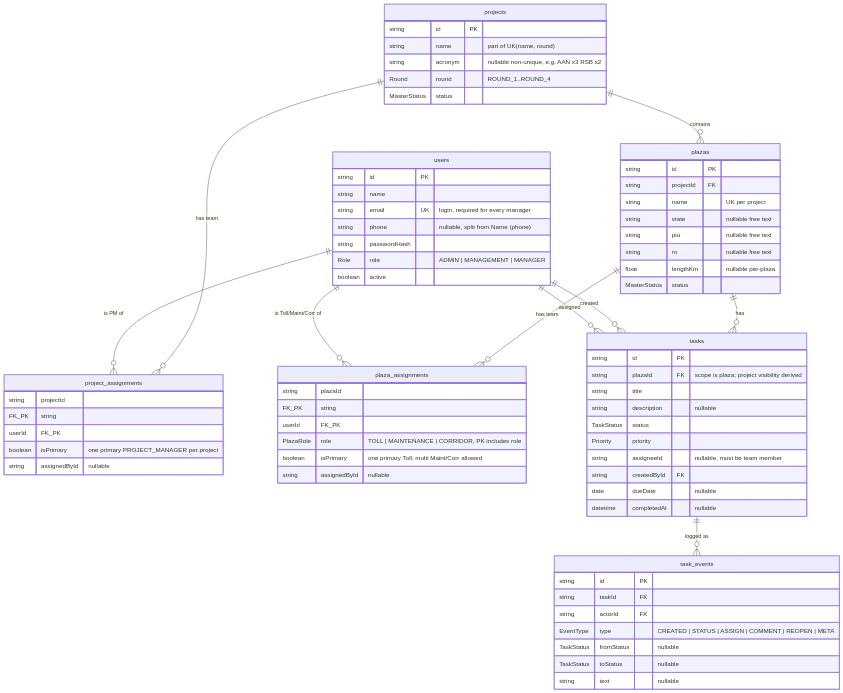
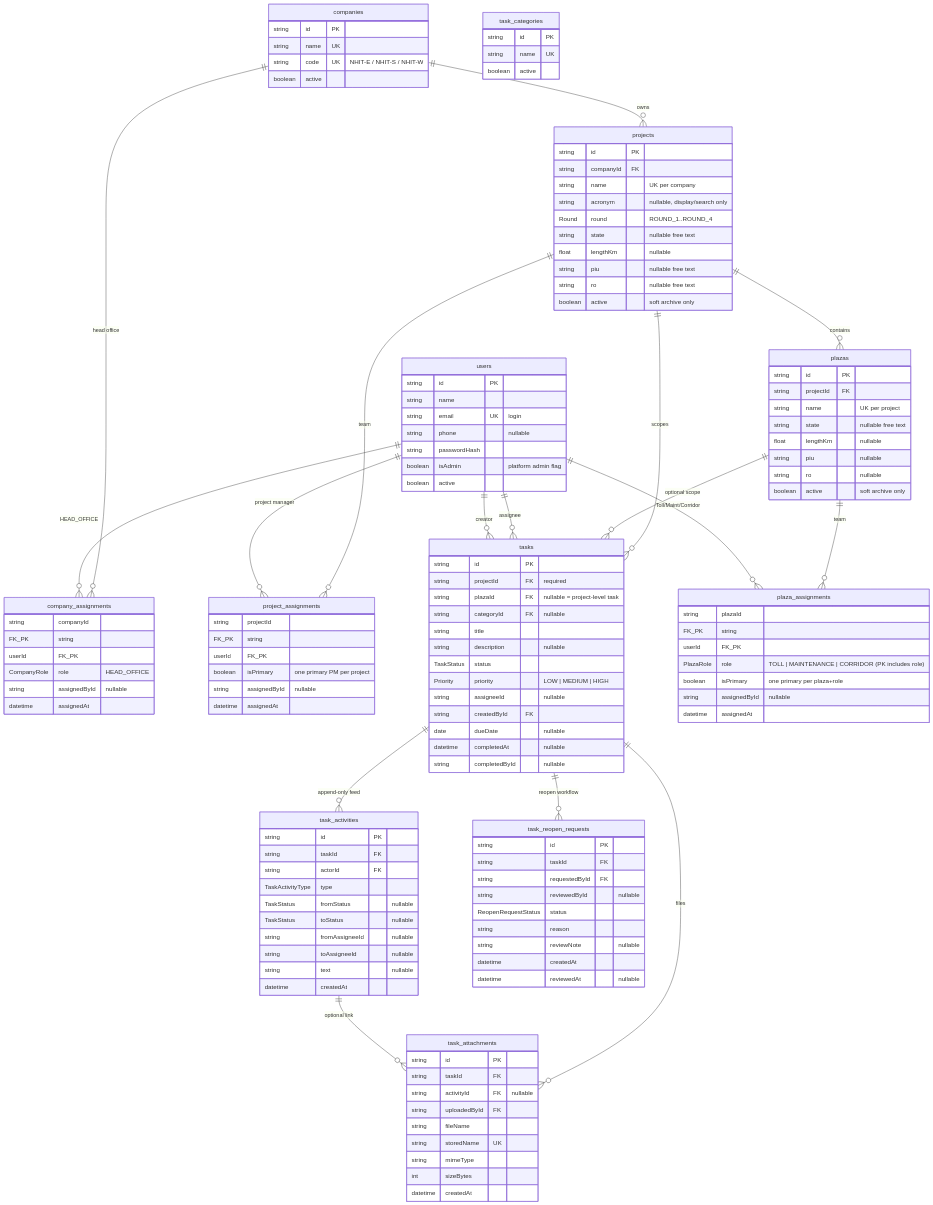
Before and after one commit to akash3114/Project_Site_Tracker: the diagram in docs/DATABASE.md, drawn with Mermaid. The commit also changed other lines of this file and 94 other files, not shown here.

First line of the commit message:
Multi-company hierarchy: Company -> Project -> Plaza with assignment roles

````diff
--- a/docs/DATABASE.md
+++ b/docs/DATABASE.md
@@ -22,73 +14,133 @@
 ```mermaid
 erDiagram
-    users ||--o{ project_assignments : "is PM of"
-    users ||--o{ plaza_assignments : "is Toll/Maint/Corr of"
-    users ||--o{ tasks : "assigned"
-    users ||--o{ tasks : "created"
+    companies ||--o{ projects : "owns"
+    companies ||--o{ company_assignments : "head office"
     projects ||--o{ plazas : "contains"
-    projects ||--o{ project_assignments : "has team"
-    plazas ||--o{ plaza_assignments : "has team"
-    plazas ||--o{ tasks : "has"
-    tasks ||--o{ task_events : "logged as"
+    projects ||--o{ project_assignments : "team"
+    projects ||--o{ tasks : "scopes"
+    plazas ||--o{ plaza_assignments : "team"
+    plazas ||--o{ tasks : "optional scope"
+    users ||--o{ company_assignments : "HEAD_OFFICE"
+    users ||--o{ project_assignments : "project manager"
+    users ||--o{ plaza_assignments : "Toll/Maint/Corridor"
+    users ||--o{ tasks : "assignee"
+    users ||--o{ tasks : "creator"
+    tasks ||--o{ task_activities : "append-only feed"
+    tasks ||--o{ task_attachments : "files"
+    tasks ||--o{ task_reopen_requests : "reopen workflow"
+    task_activities ||--o{ task_attachments : "optional link"
 
     users {
         string id PK
         string name
-        string email UK "login, required for every manager"
-        string phone "nullable, split from Name (phone)"
+        string email UK "login"
+        string phone "nullable"
         string passwordHash
-        Role role "ADMIN | MANAGEMENT | MANAGER"
+        boolean isAdmin "platform admin flag"
+        boolean active
+    }
+    companies {
+        string id PK
+        string name UK
+        string code UK "NHIT-E / NHIT-S / NHIT-W"
         boolean active
     }
     projects {
         string id PK
-        string name "part of UK(name, round)"
-        string acronym "nullable non-unique, e.g. AAN x3 RSB x2"
+        string companyId FK
+        string name "UK per company"
+        string acronym "nullable, display/search only"
         Round round "ROUND_1..ROUND_4"
-        MasterStatus status
+        string state "nullable free text"
+        float lengthKm "nullable"
+        string piu "nullable free text"
+        string ro "nullable free text"
+        boolean active "soft archive only"
     }
     plazas {
         string id PK
         string projectId FK
         string name "UK per project"
         string state "nullable free text"
-        string piu "nullable free text"
-        string ro "nullable free text"
-        float lengthKm "nullable per-plaza"
-        MasterStatus status
+        float lengthKm "nullable"
+        string piu "nullable"
+        string ro "nullable"
+        boolean active "soft archive only"
+    }
+    company_assignments {
+        string companyId FK_PK
+        string userId FK_PK
+        CompanyRole role "HEAD_OFFICE"
+        string assignedById "nullable"
+        datetime assignedAt
     }
     project_assignments {
         string projectId FK_PK
         string userId FK_PK
-        boolean isPrimary "one primary PROJECT_MANAGER per project"
+        boolean isPrimary "one primary PM per project"
         string assignedById "nullable"
+        datetime assignedAt
     }
     plaza_assignments {
         string plazaId FK_PK
         string userId FK_PK
-        PlazaRole role "TOLL | MAINTENANCE | CORRIDOR, PK includes role"
-        boolean isPrimary "one primary Toll; multi Maint/Corr allowed"
+        PlazaRole role "TOLL | MAINTENANCE | CORRIDOR (PK includes role)"
+        boolean isPrimary "one primary per plaza+role"
         string assignedById "nullable"
+        datetime assignedAt
+    }
+    task_categories {
+        string id PK
+        string name UK
+        boolean active
     }
     tasks {
         string id PK
-        string plazaId FK "scope is plaza; project visibility derived"
+        string projectId FK "required"
+        string plazaId FK "nullable = project-level task"
+        string categoryId FK "nullable"
         string title
         string description "nullable"
         TaskStatus status
-        Priority priority
-        string assigneeId "nullable, must be team member"
+        Priority priority "LOW | MEDIUM | HIGH"
+        string assigneeId "nullable"
         string createdById FK
         date dueDate "nullable"
         datetime completedAt "nullable"
+        string completedById "nullable"
     }
-    task_events {
+    task_activities {
         string id PK
         string taskId FK
         string actorId FK
-        EventType type "CREATED | STATUS | ASSIGN | COMMENT | REOPEN | META"
+        TaskActivityType type
         TaskStatus fromStatus "nullable"
         TaskStatus toStatus "nullable"
+        string fromAssigneeId "nullable"
+        string toAssigneeId "nullable"
         string text "nullable"
+        datetime createdAt
+    }
+    task_attachments {
+        string id PK
+        string taskId FK
+        string activityId FK "nullable"
+        string uploadedById FK
+        string fileName
+        string storedName UK
+        string mimeType
+        int sizeBytes
+        datetime createdAt
+    }
+    task_reopen_requests {
+        string id PK
+        string taskId FK
+        string requestedById FK
+        string reviewedById "nullable"
+        ReopenRequestStatus status
+        string reason
+        string reviewNote "nullable"
+        datetime createdAt
+        datetime reviewedAt "nullable"
     }
 ```
````
